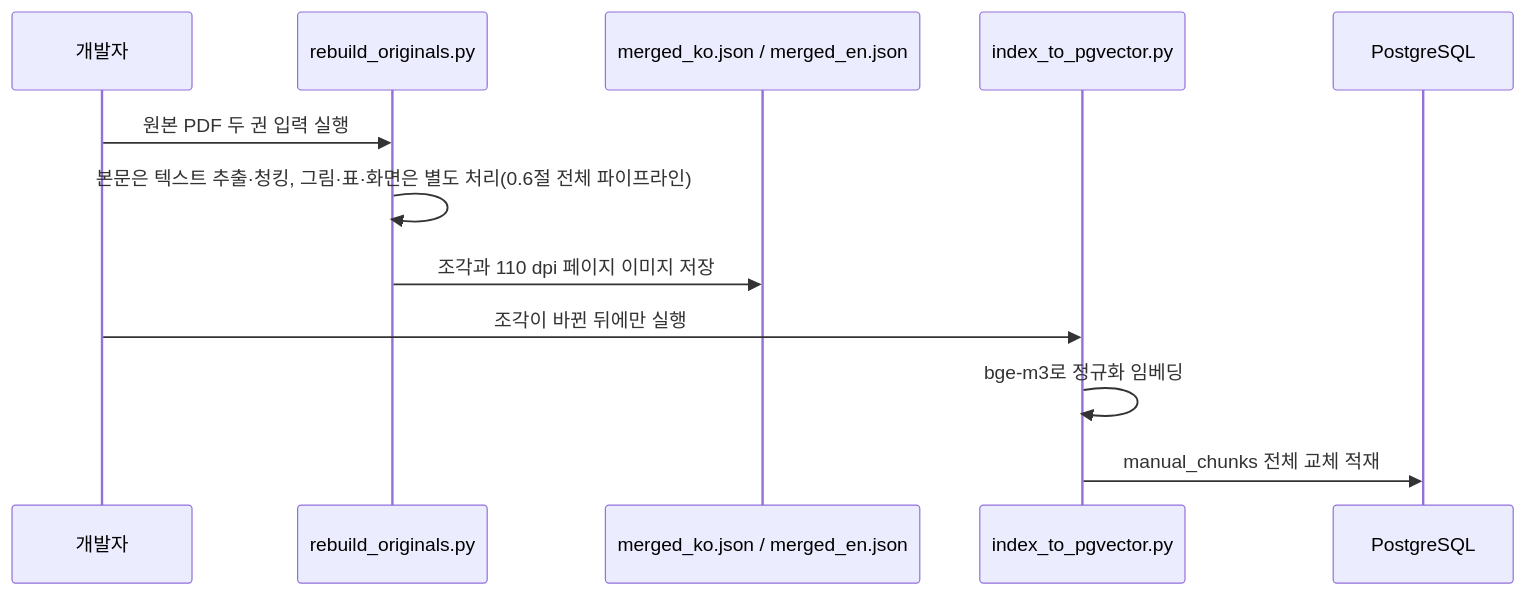
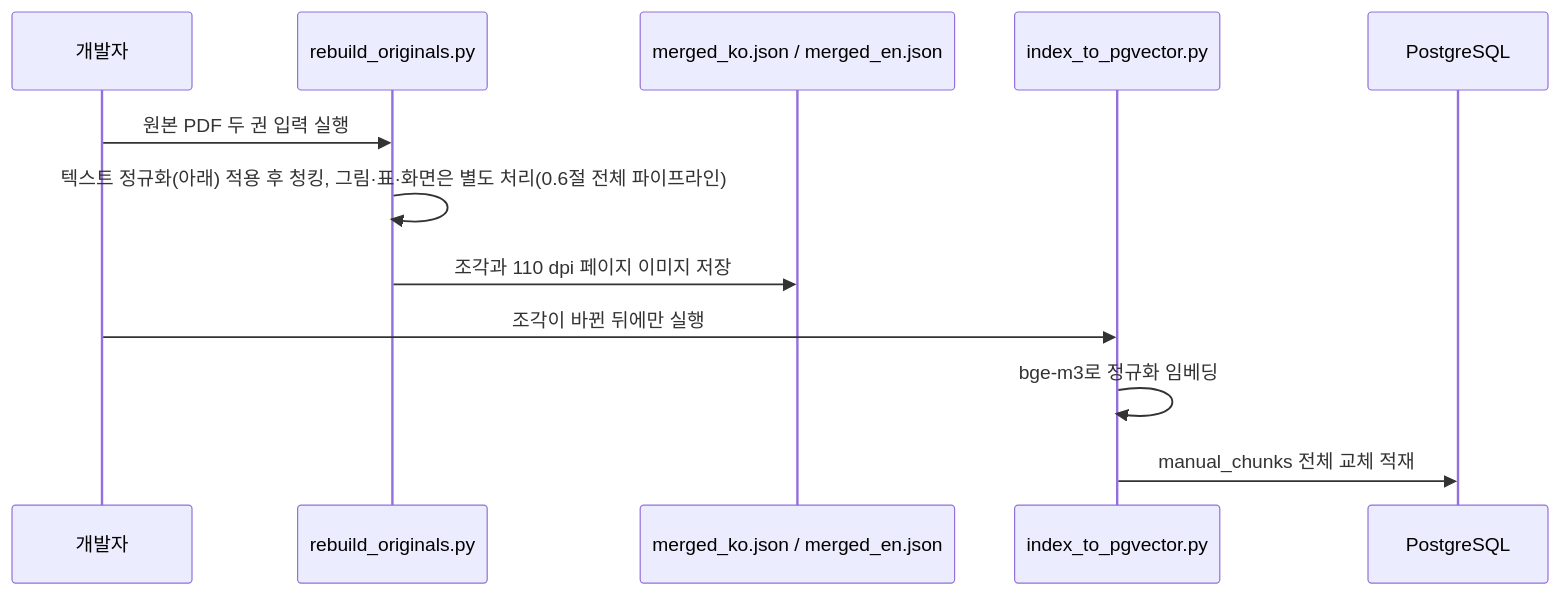
One commit to cho1203/chatbot-work changed the second of 6 diagrams in docs/DEVELOPER_GUIDE_9.md. Above: the diagram before and after it, drawn with Mermaid. The commit also changed other lines of this file and 7 other files, not shown here.

````diff
--- a/docs/DEVELOPER_GUIDE_9.md
+++ b/docs/DEVELOPER_GUIDE_9.md
@@ -138,14 +140,14 @@
 ```mermaid
 sequenceDiagram
   participant D as 개발자
   participant B as rebuild_originals.py
   participant J as merged_ko.json / merged_en.json
   participant I as index_to_pgvector.py
   participant V as PostgreSQL
   D->>B: 원본 PDF 두 권 입력 실행
-  B->>B: 본문은 텍스트 추출·청킹, 그림·표·화면은 별도 처리(0.6절 전체 파이프라인)
+  B->>B: 텍스트 정규화(아래) 적용 후 청킹, 그림·표·화면은 별도 처리(0.6절 전체 파이프라인)
   B->>J: 조각과 110 dpi 페이지 이미지 저장
   D->>I: 조각이 바뀐 뒤에만 실행
   I->>I: bge-m3로 정규화 임베딩
   I->>V: manual_chunks 전체 교체 적재
 ```
````
